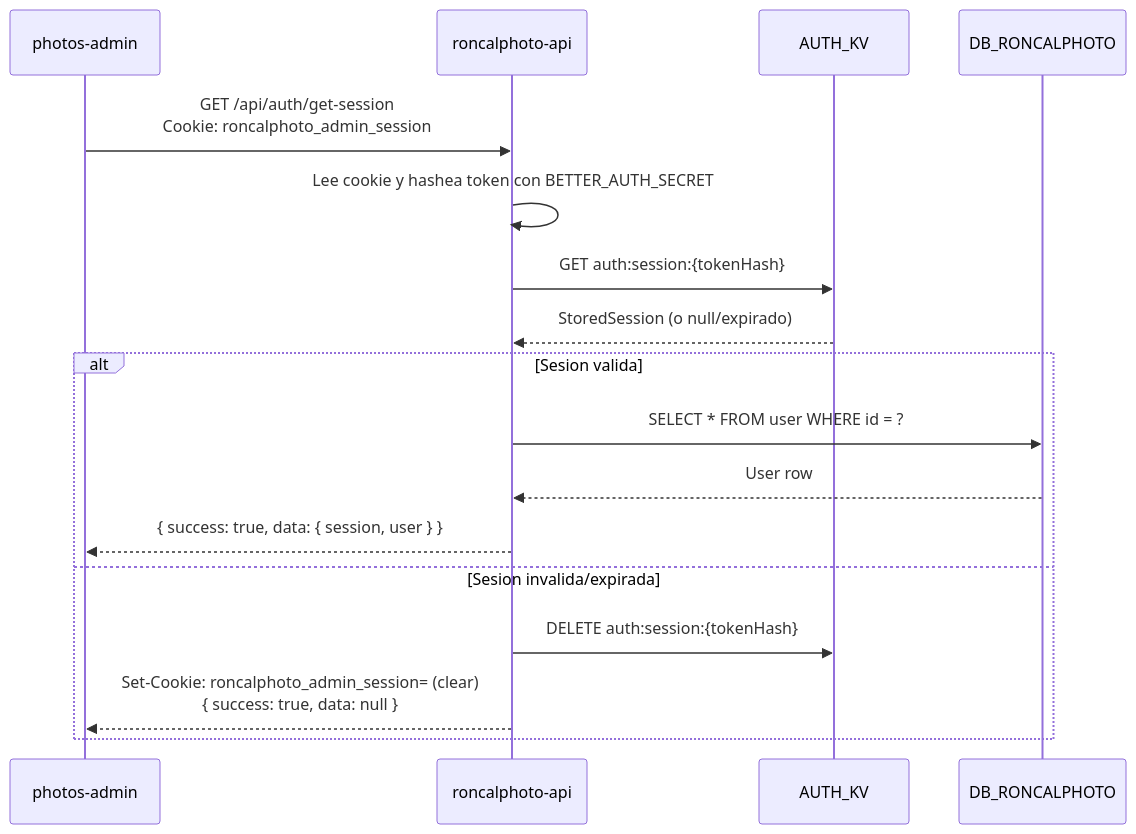
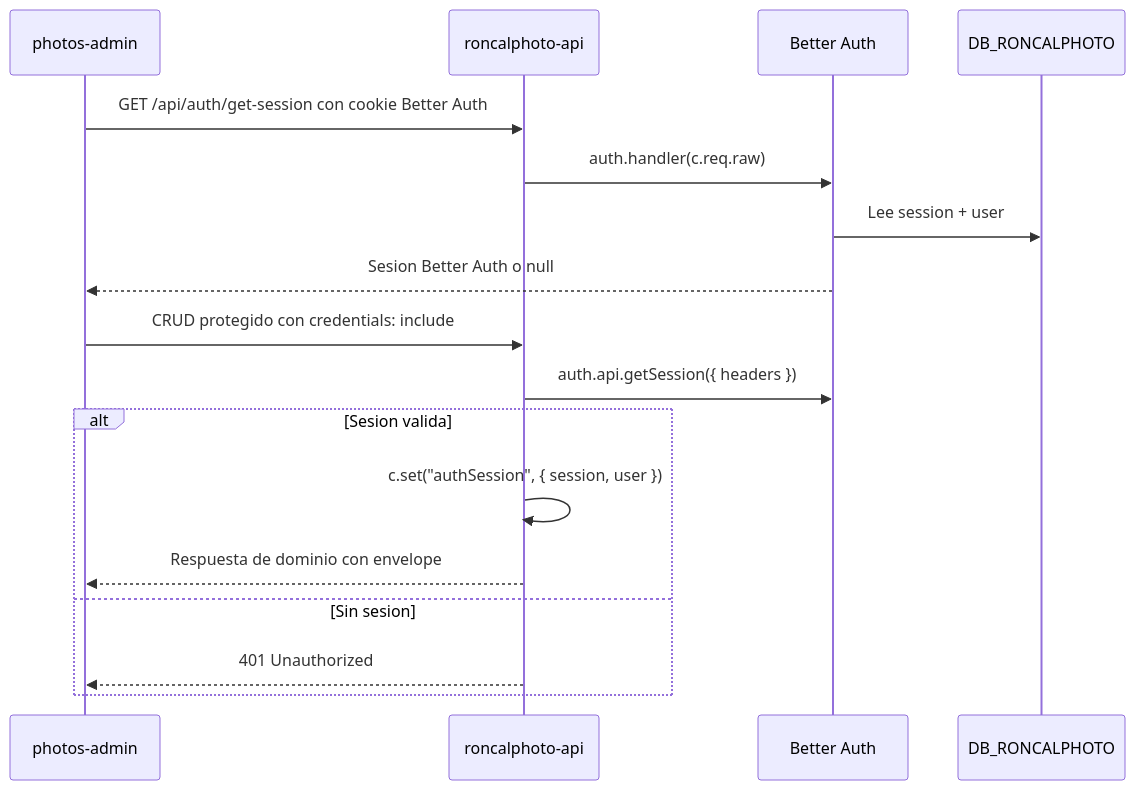
Before and after one commit to jmurga97/roncalphoto: the second of 2 diagrams in docs/auth-flow-guide.md, drawn with Mermaid. The commit also changed other lines of this file and 19 other files, not shown here.

````diff
--- a/docs/auth-flow-guide.md
+++ b/docs/auth-flow-guide.md
@@ -69,20 +58,21 @@
 ```mermaid
 sequenceDiagram
     participant AdminUI as photos-admin
     participant API as roncalphoto-api
-    participant KV as AUTH_KV
+    participant BA as Better Auth
     participant D1 as DB_RONCALPHOTO
 
-    AdminUI->>API: GET /api/auth/get-session<br/>Cookie: roncalphoto_admin_session
-    API->>API: Lee cookie y hashea token con BETTER_AUTH_SECRET
-    API->>KV: GET auth:session:{tokenHash}
-    KV-->>API: StoredSession (o null/expirado)
+    AdminUI->>API: GET /api/auth/get-session con cookie Better Auth
+    API->>BA: auth.handler(c.req.raw)
+    BA->>D1: Lee session + user
+    BA-->>AdminUI: Sesion Better Auth o null
+
+    AdminUI->>API: CRUD protegido con credentials: include
+    API->>BA: auth.api.getSession({ headers })
     alt Sesion valida
-        API->>D1: SELECT * FROM user WHERE id = ?
-        D1-->>API: User row
-        API-->>AdminUI: { success: true, data: { session, user } }
-    else Sesion invalida/expirada
-        API->>KV: DELETE auth:session:{tokenHash}
-        API-->>AdminUI: Set-Cookie: roncalphoto_admin_session= (clear)<br/>{ success: true, data: null }
+        API->>API: c.set("authSession", { session, user })
+        API-->>AdminUI: Respuesta de dominio con envelope
+    else Sin sesion
+        API-->>AdminUI: 401 Unauthorized
     end
 ```
````
